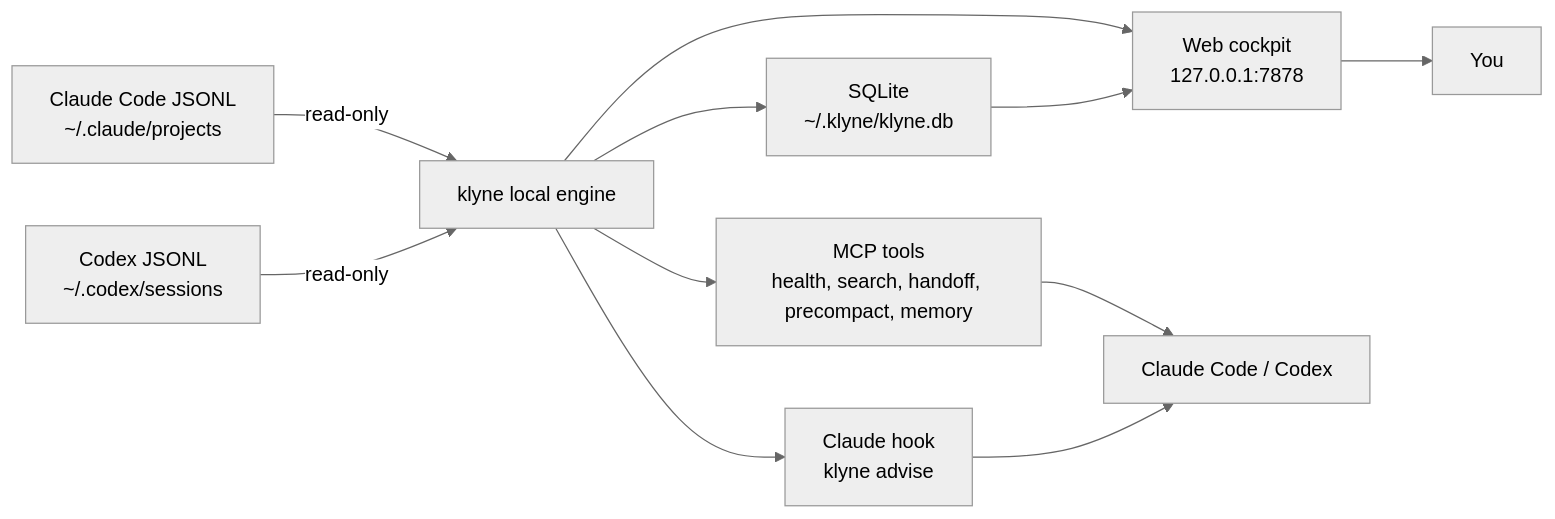
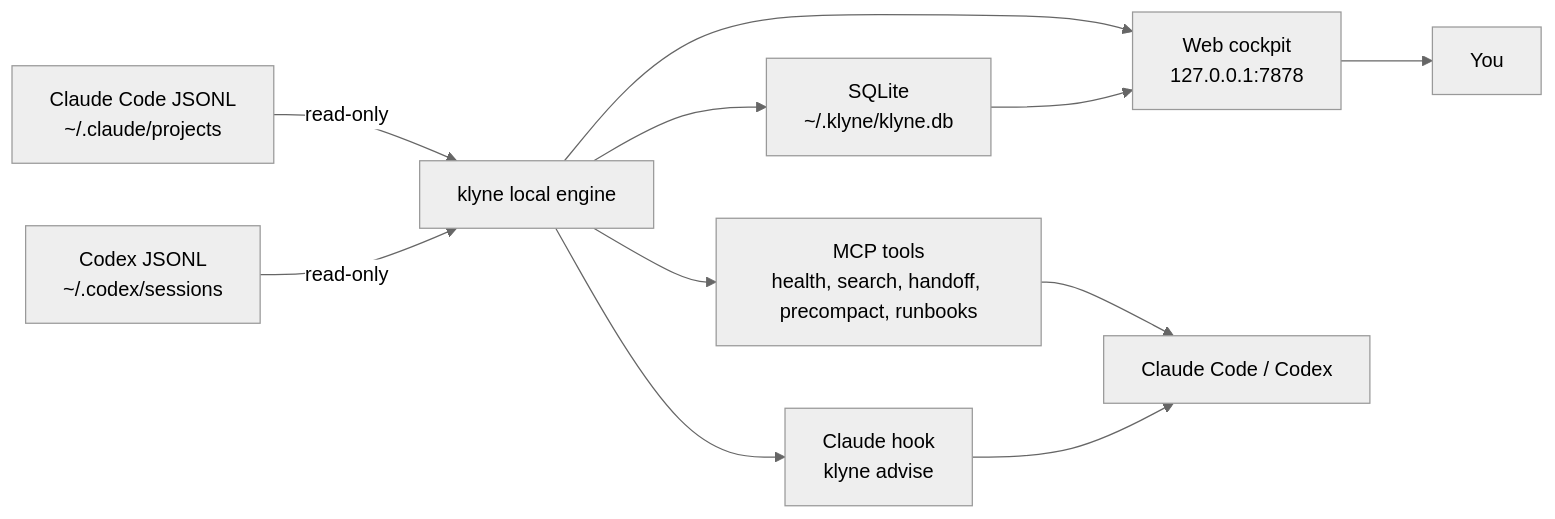
The diagram in README.md (klyne-ai/klyne), drawn with Mermaid (neutral theme) before and after one commit. The commit also changed other lines of this file and 6 other files, not shown here.

````diff
--- a/README.md
+++ b/README.md
@@ -143,13 +143,13 @@
 ```mermaid
 flowchart LR
   A["Claude Code JSONL<br/>~/.claude/projects"] -->|"read-only"| E["klyne local engine"]
   B["Codex JSONL<br/>~/.codex/sessions"] -->|"read-only"| E
-  E --> M["MCP tools<br/>health, search, handoff, precompact, memory"]
+  E --> M["MCP tools<br/>health, search, handoff, precompact, runbooks"]
   E --> W["Web cockpit<br/>127.0.0.1:7878"]
   E --> H["Claude hook<br/>klyne advise"]
   E --> DB["SQLite<br/>~/.klyne/klyne.db"]
   M --> C["Claude Code / Codex"]
   W --> U["You"]
   H --> C
   DB --> W
 ```
````
